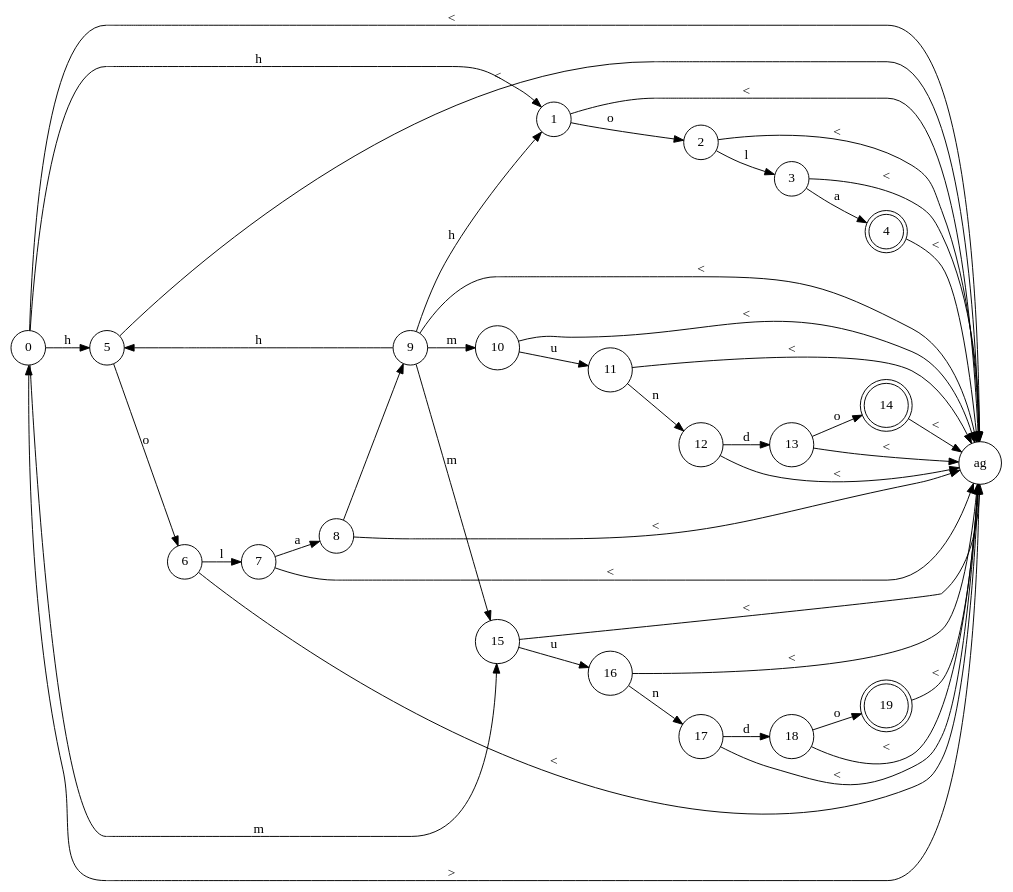
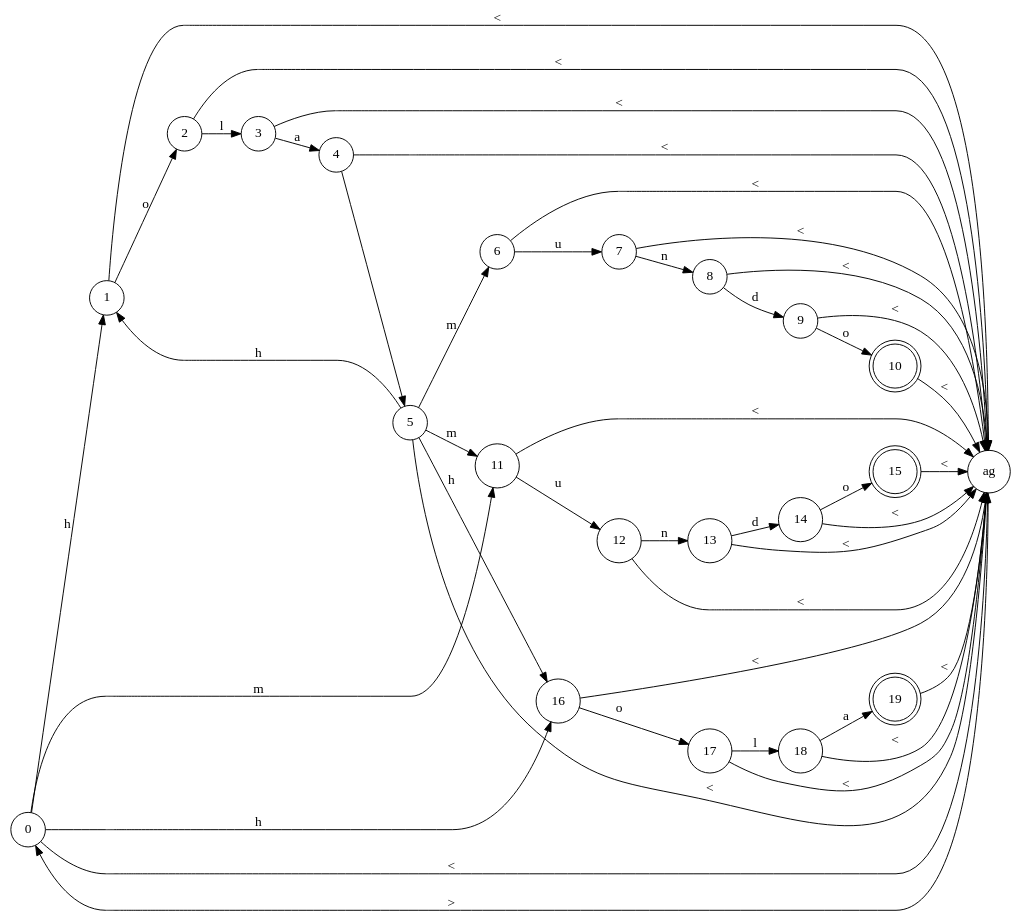
One commit to GdeAchaval/automaton changed the diagram in noDeterminante.dot. Above: the diagram before and after it, drawn with Graphviz. The commit also changed 7 other files, not shown here.

```diff
--- a/noDeterminante.dot
+++ b/noDeterminante.dot
@@ -1,70 +1,70 @@
 digraph {
 rankdir = "LR";
 // NODES
 node [shape=circle] Node_0[label="0"];
 node [shape=circle] Node_1[label="1"];
+node [shape=circle] Node_16[label="16"];
+node [shape=circle] Nodetag[label="ag"];
+node [shape=circle] Node_11[label="11"];
+node [shape=circle] Node_2[label="2"];
+node [shape=circle] Node_17[label="17"];
+node [shape=circle] Node_12[label="12"];
+node [shape=circle] Node_3[label="3"];
+node [shape=circle] Node_18[label="18"];
+node [shape=circle] Node_13[label="13"];
+node [shape=circle] Node_4[label="4"];
+node [shape=doublecircle] Node_19[label="19"];
+node [shape=circle] Node_14[label="14"];
 node [shape=circle] Node_5[label="5"];
-node [shape=circle] Nodetag[label="ag"];
-node [shape=circle] Node_15[label="15"];
-node [shape=circle] Node_2[label="2"];
+node [shape=doublecircle] Node_15[label="15"];
 node [shape=circle] Node_6[label="6"];
-node [shape=circle] Node_16[label="16"];
-node [shape=circle] Node_3[label="3"];
 node [shape=circle] Node_7[label="7"];
-node [shape=circle] Node_17[label="17"];
-node [shape=doublecircle] Node_4[label="4"];
 node [shape=circle] Node_8[label="8"];
-node [shape=circle] Node_18[label="18"];
 node [shape=circle] Node_9[label="9"];
-node [shape=doublecircle] Node_19[label="19"];
-node [shape=circle] Node_10[label="10"];
-node [shape=circle] Node_11[label="11"];
-node [shape=circle] Node_12[label="12"];
-node [shape=circle] Node_13[label="13"];
-node [shape=doublecircle] Node_14[label="14"];
+node [shape=doublecircle] Node_10[label="10"];
 
 // TRANSITIONS
 Node_0 -> Node_1 [label="h"];
-Node_0 -> Node_5 [label="h"];
+Node_0 -> Node_16 [label="h"];
 Node_0 -> Nodetag [label="<"];
-Node_0 -> Node_15 [label="m"];
+Node_0 -> Node_11 [label="m"];
 Node_1 -> Nodetag [label="<"];
 Node_1 -> Node_2 [label="o"];
-Node_5 -> Nodetag [label="<"];
-Node_5 -> Node_6 [label="o"];
+Node_16 -> Nodetag [label="<"];
+Node_16 -> Node_17 [label="o"];
 Nodetag -> Node_0 [label=">"];
-Node_15 -> Node_16 [label="u"];
-Node_15 -> Nodetag [label="<"];
+Node_11 -> Node_12 [label="u"];
+Node_11 -> Nodetag [label="<"];
 Node_2 -> Nodetag [label="<"];
 Node_2 -> Node_3 [label="l"];
-Node_6 -> Nodetag [label="<"];
-Node_6 -> Node_7 [label="l"];
-Node_16 -> Nodetag [label="<"];
-Node_16 -> Node_17 [label="n"];
+Node_17 -> Nodetag [label="<"];
+Node_17 -> Node_18 [label="l"];
+Node_12 -> Nodetag [label="<"];
+Node_12 -> Node_13 [label="n"];
 Node_3 -> Node_4 [label="a"];
 Node_3 -> Nodetag [label="<"];
-Node_7 -> Node_8 [label="a"];
+Node_18 -> Node_19 [label="a"];
+Node_18 -> Nodetag [label="<"];
+Node_13 -> Node_14 [label="d"];
+Node_13 -> Nodetag [label="<"];
+Node_4 -> Node_5 [label=" "];
+Node_4 -> Nodetag [label="<"];
+Node_19 -> Nodetag [label="<"];
+Node_14 -> Nodetag [label="<"];
+Node_14 -> Node_15 [label="o"];
+Node_5 -> Node_1 [label="h"];
+Node_5 -> Node_16 [label="h"];
+Node_5 -> Nodetag [label="<"];
+Node_5 -> Node_6 [label="m"];
+Node_5 -> Node_11 [label="m"];
+Node_15 -> Nodetag [label="<"];
+Node_6 -> Node_7 [label="u"];
+Node_6 -> Nodetag [label="<"];
 Node_7 -> Nodetag [label="<"];
-Node_17 -> Node_18 [label="d"];
-Node_17 -> Nodetag [label="<"];
-Node_4 -> Nodetag [label="<"];
-Node_8 -> Node_9 [label=" "];
+Node_7 -> Node_8 [label="n"];
+Node_8 -> Node_9 [label="d"];
 Node_8 -> Nodetag [label="<"];
-Node_18 -> Nodetag [label="<"];
-Node_18 -> Node_19 [label="o"];
-Node_9 -> Node_1 [label="h"];
-Node_9 -> Node_5 [label="h"];
 Node_9 -> Nodetag [label="<"];
-Node_9 -> Node_10 [label="m"];
-Node_9 -> Node_15 [label="m"];
-Node_19 -> Nodetag [label="<"];
-Node_10 -> Node_11 [label="u"];
+Node_9 -> Node_10 [label="o"];
 Node_10 -> Nodetag [label="<"];
-Node_11 -> Nodetag [label="<"];
-Node_11 -> Node_12 [label="n"];
-Node_12 -> Node_13 [label="d"];
-Node_12 -> Nodetag [label="<"];
-Node_13 -> Nodetag [label="<"];
-Node_13 -> Node_14 [label="o"];
-Node_14 -> Nodetag [label="<"];
 }
```
